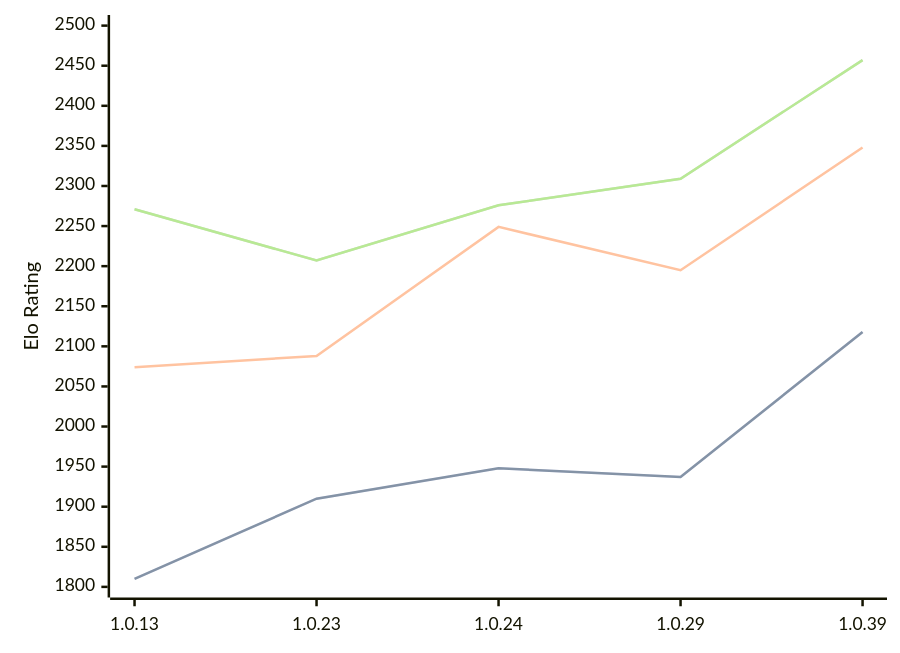
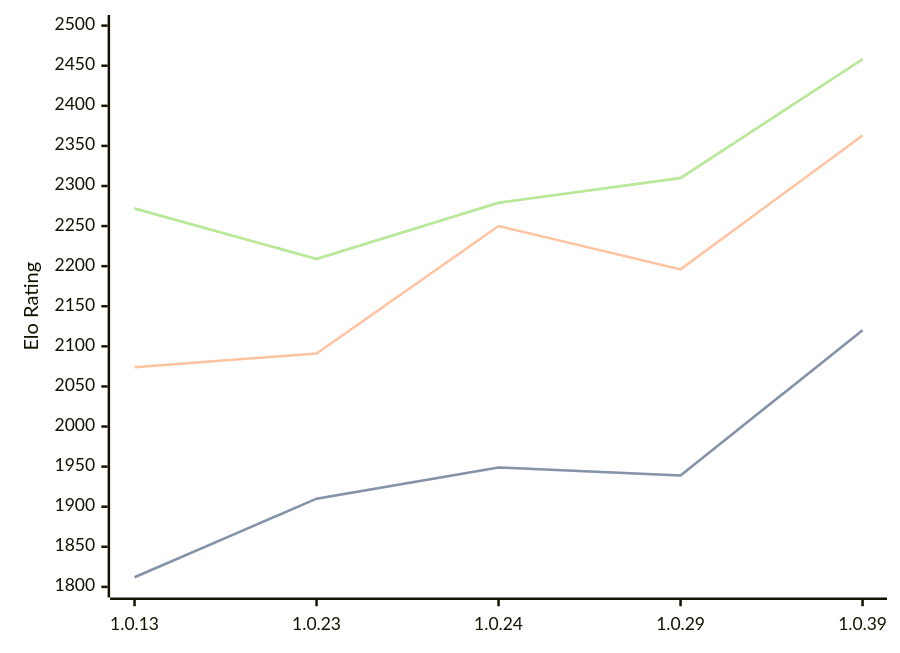
Before and after one commit to computer-chess-index/cci: the diagram in engines/RustyRival.md, drawn with Mermaid. The commit also changed other lines of this file, not shown here.

Commit message:
Update CCI Ratings (ELO VLTC) - 2026-04-22

````diff
--- a/engines/RustyRival.md
+++ b/engines/RustyRival.md
@@ -66,11 +66,11 @@
 ```mermaid
 %%{init: {"theme":"base","themeVariables":{"seriesColors:['#a3a3a3','#222221','#faa371']}}}%%
 xychart-beta
   x-axis ["1.0.13", "1.0.23", "1.0.24", "1.0.29", "1.0.39"]
   y-axis "Elo Rating" 1800 --> 2500
-  line "STC (8.0+0.08s)" [1810, 1910, 1948, 1937, 2118]
-  line "STC (8.0+0.08s)" [1810, 1910, 1948, 1937, 2118]
-  line "LTC (60.0+0.60s)" [2074, 2088, 2249, 2195, 2348]
-  line "VLTC (2m24s+1.12s)" [2271, 2207, 2276, 2309, 2457]
-  line "VLTC (2m24s+1.12s)" [2271, 2207, 2276, 2309, 2457]
+  line "STC (8.0+0.08s)" [1812, 1910, 1949, 1939, 2120]
+  line "STC (8.0+0.08s)" [1812, 1910, 1949, 1939, 2120]
+  line "LTC (60.0+0.60s)" [2074, 2091, 2250, 2196, 2363]
+  line "VLTC (2m24s+1.12s)" [2272, 2209, 2279, 2310, 2458]
+  line "VLTC (2m24s+1.12s)" [2272, 2209, 2279, 2310, 2458]
 ```
````
